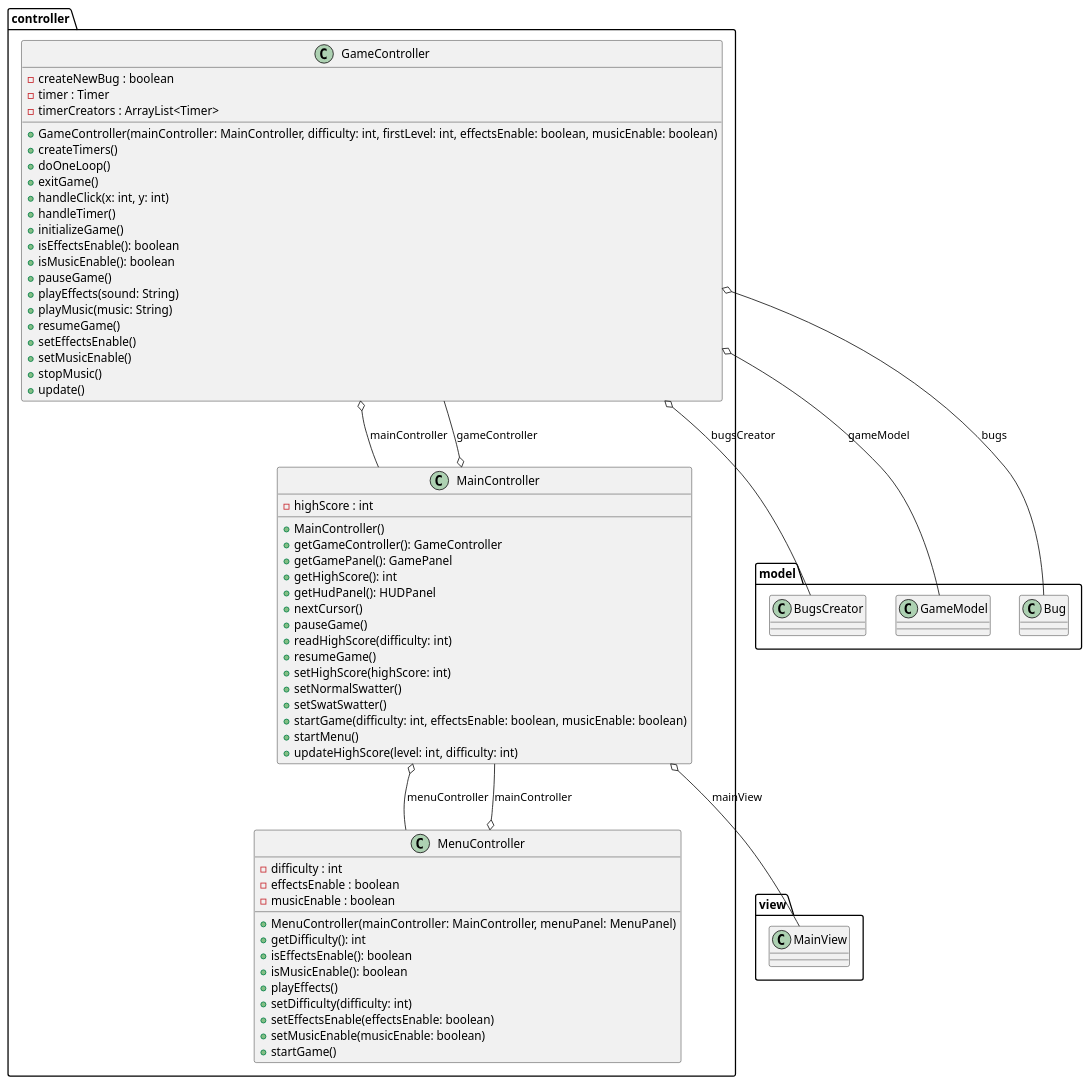
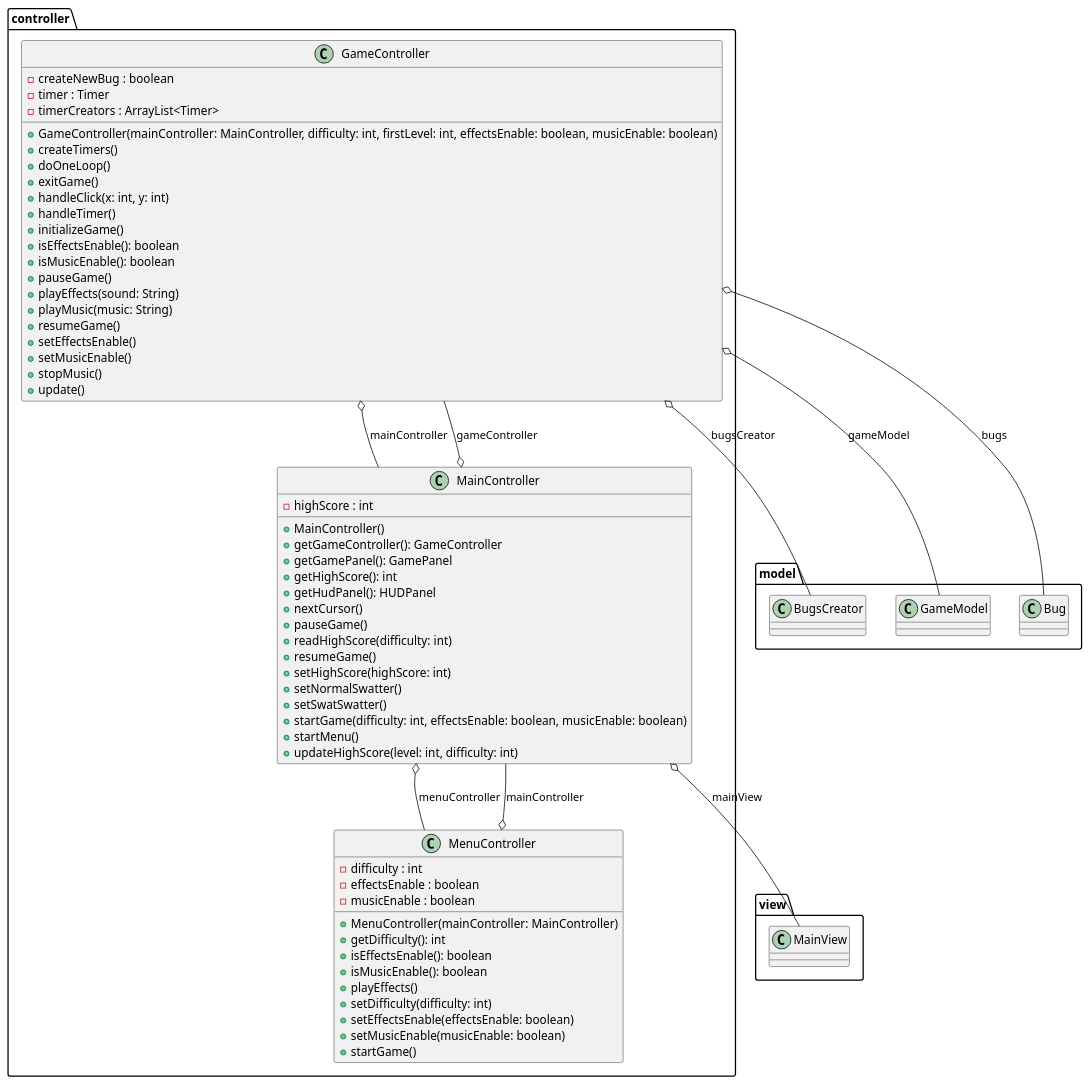
The diagram in out/production/JFlySwatter/controller/controller.plantuml (lcintini/JFlySwatter), drawn with PlantUML before and after one commit. The commit also changed 22 other files, not shown here.

Commit message:
correzione diagrammi di flusso

```diff
--- a/out/production/JFlySwatter/controller/controller.plantuml
+++ b/out/production/JFlySwatter/controller/controller.plantuml
@@ -1,81 +1,81 @@
 @startuml
 
 namespace controller {
       class controller.GameController {
           - createNewBug : boolean
           - timer : Timer
           - timerCreators : ArrayList<Timer>
           + GameController(mainController: MainController, difficulty: int, firstLevel: int, effectsEnable: boolean, musicEnable: boolean)
           + createTimers()
           + doOneLoop()
           + exitGame()
           + handleClick(x: int, y: int)
           + handleTimer()
           + initializeGame()
           + isEffectsEnable(): boolean
           + isMusicEnable(): boolean
           + pauseGame()
           + playEffects(sound: String)
           + playMusic(music: String)
           + resumeGame()
           + setEffectsEnable()
           + setMusicEnable()
           + stopMusic()
           + update()
       }
     }
   
 
  namespace controller {
       class controller.MainController {
           - highScore : int
           + MainController()
           + getGameController(): GameController
           + getGamePanel(): GamePanel
           + getHighScore(): int
           + getHudPanel(): HUDPanel
           + nextCursor()
           + pauseGame()
           + readHighScore(difficulty: int)
           + resumeGame()
           + setHighScore(highScore: int)
           + setNormalSwatter()
           + setSwatSwatter()
           + startGame(difficulty: int, effectsEnable: boolean, musicEnable: boolean)
           + startMenu()
           + updateHighScore(level: int, difficulty: int)
       }
     }
   
 
   namespace controller {
       class controller.MenuController {
           - difficulty : int
           - effectsEnable : boolean
           - musicEnable : boolean
-          + MenuController(mainController: MainController, menuPanel: MenuPanel)
+          + MenuController(mainController: MainController)
           + getDifficulty(): int
           + isEffectsEnable(): boolean
           + isMusicEnable(): boolean
           + playEffects()
           + setDifficulty(difficulty: int)
           + setEffectsEnable(effectsEnable: boolean)
           + setMusicEnable(musicEnable: boolean)
           + startGame()
       }
     }
   
 
   controller.GameController o-- model.BugsCreator : bugsCreator
   controller.GameController o-- model.GameModel : gameModel
   controller.GameController o-- model.Bug : bugs
   controller.GameController o-- controller.MainController : mainController
   controller.MainController o-- controller.GameController : gameController
   controller.MainController o-- view.MainView : mainView
   controller.MainController o-- controller.MenuController : menuController
   controller.MenuController o-- controller.MainController : mainController
 
 
 
 
 @enduml
```
